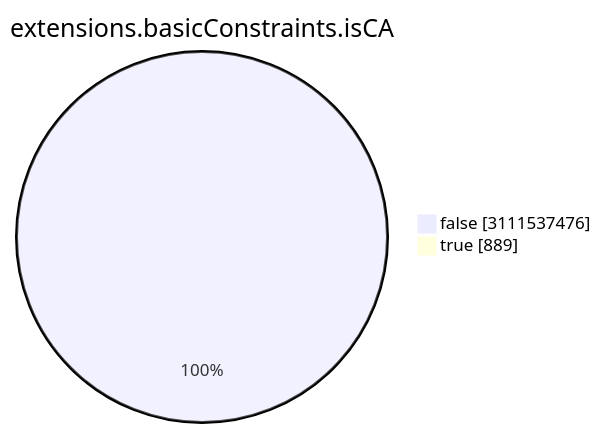
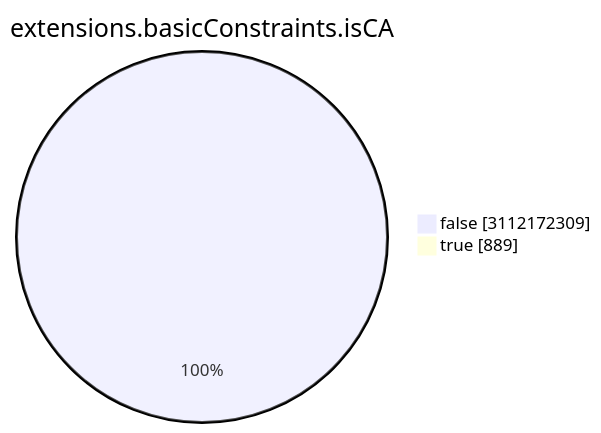
The seventh of 15 diagrams in TOTAL/README.md (christiankrug/ctmonitor_visualization), drawn with Mermaid before and after one commit. The commit also changed other lines of this file, not shown here.

````diff
--- a/TOTAL/README.md
+++ b/TOTAL/README.md
@@ -3088,6 +3088,6 @@
 ```mermaid
 pie showData
 title extensions.basicConstraints.isCA
-"false" :3111537476
+"false" :3112172309
 "true" :889
 ```
````
